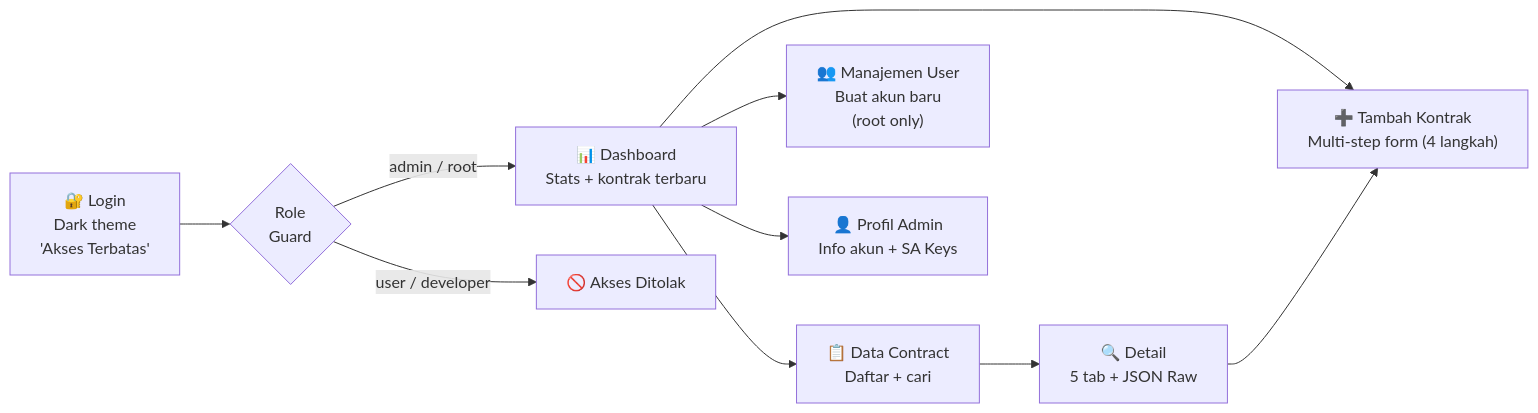
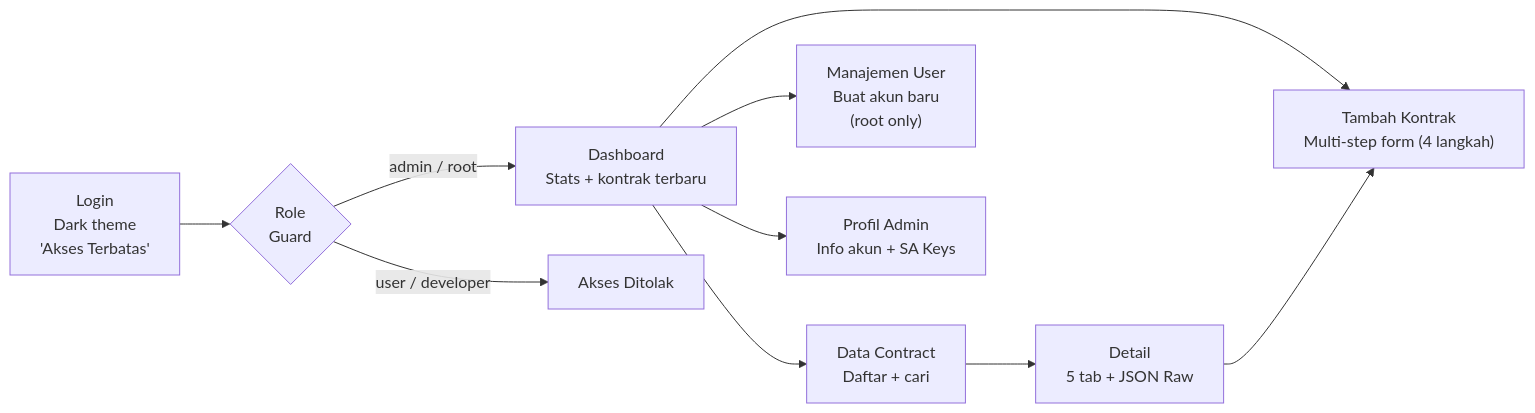
Before and after one commit to alamanda-projects/beescout: the fourth of 6 diagrams in README.md, drawn with Mermaid. The commit also changed other lines of this file and 1 other file, not shown here.

````diff
--- a/README.md
+++ b/README.md
@@ -138,25 +175,25 @@
 ```mermaid
 flowchart LR
-    Login["🔐 Login
+    Login["Login
     Dark theme
     'Akses Terbatas'"] --> Guard{"Role
     Guard"}
     Guard -->|"admin / root"| Dashboard
-    Guard -->|"user / developer"| Denied["🚫 Akses Ditolak"]
-    Dashboard["📊 Dashboard
+    Guard -->|"user / developer"| Denied["Akses Ditolak"]
+    Dashboard["Dashboard
     Stats + kontrak terbaru"] --> Contracts
     Dashboard --> NewContract
     Dashboard --> Users
     Dashboard --> Profile
-    Contracts["📋 Data Contract
+    Contracts["Data Contract
     Daftar + cari"] --> Detail
-    Detail["🔍 Detail
+    Detail["Detail
     5 tab + JSON Raw"] --> NewContract
-    NewContract["➕ Tambah Kontrak
+    NewContract["Tambah Kontrak
     Multi-step form (4 langkah)"]
-    Users["👥 Manajemen User
+    Users["Manajemen User
     Buat akun baru
     (root only)"]
-    Profile["👤 Profil Admin
+    Profile["Profil Admin
     Info akun + SA Keys"]
 ```
````
